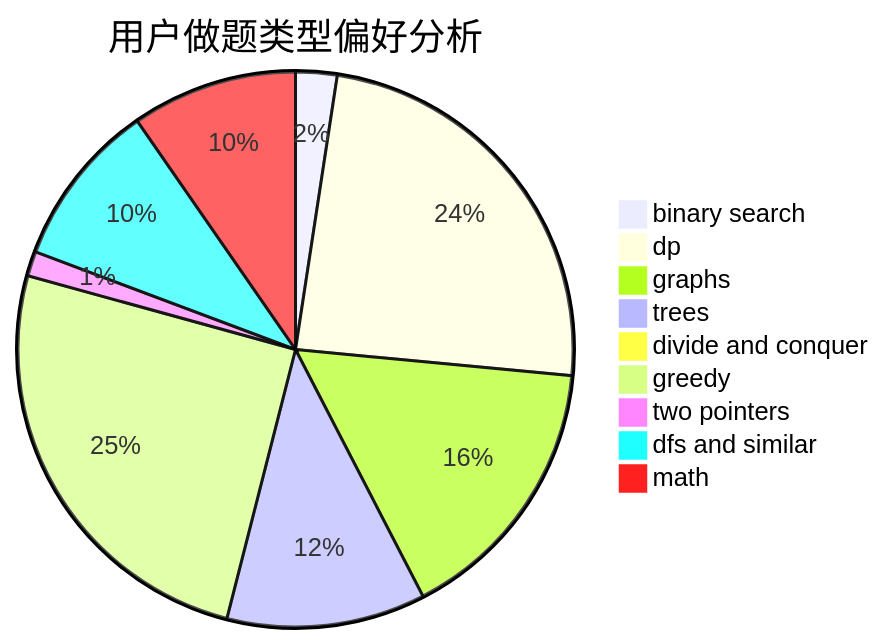
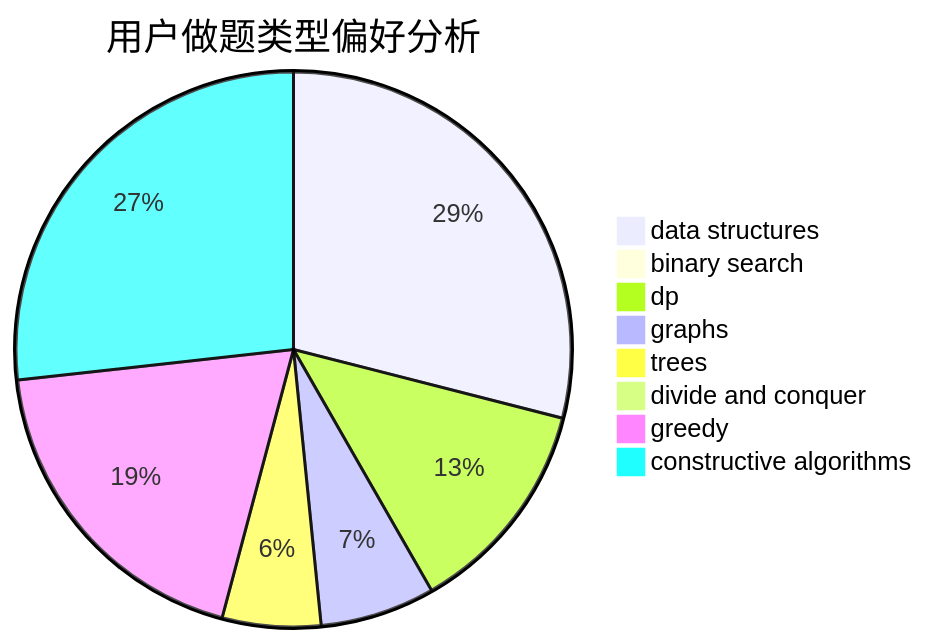
Before and after one commit to sherpahu/cfrs.github.io: the second of 3 diagrams in docs/user/u1956.md, drawn with Mermaid. The commit also changed other lines of this file and 2775 other files, not shown here.

````diff
--- a/docs/user/u1956.md
+++ b/docs/user/u1956.md
@@ -23,12 +23,11 @@
 ```mermaid
 pie title 用户做题类型偏好分析
-    "binary search" :  10
-    "dp" :  100
-    "graphs" :  66
-    "trees" :  48
-    "divide and conquer" :  1
-    "greedy" :  105
-    "two pointers" :  6
-    "dfs and similar" :  40
-    "math" :  40
+    "data structures" :  91
+    "binary search" :  1
+    "dp" :  40
+    "graphs" :  21
+    "trees" :  18
+    "divide and conquer" :  0
+    "greedy" :  60
+    "constructive algorithms" :  84
 ```
````
